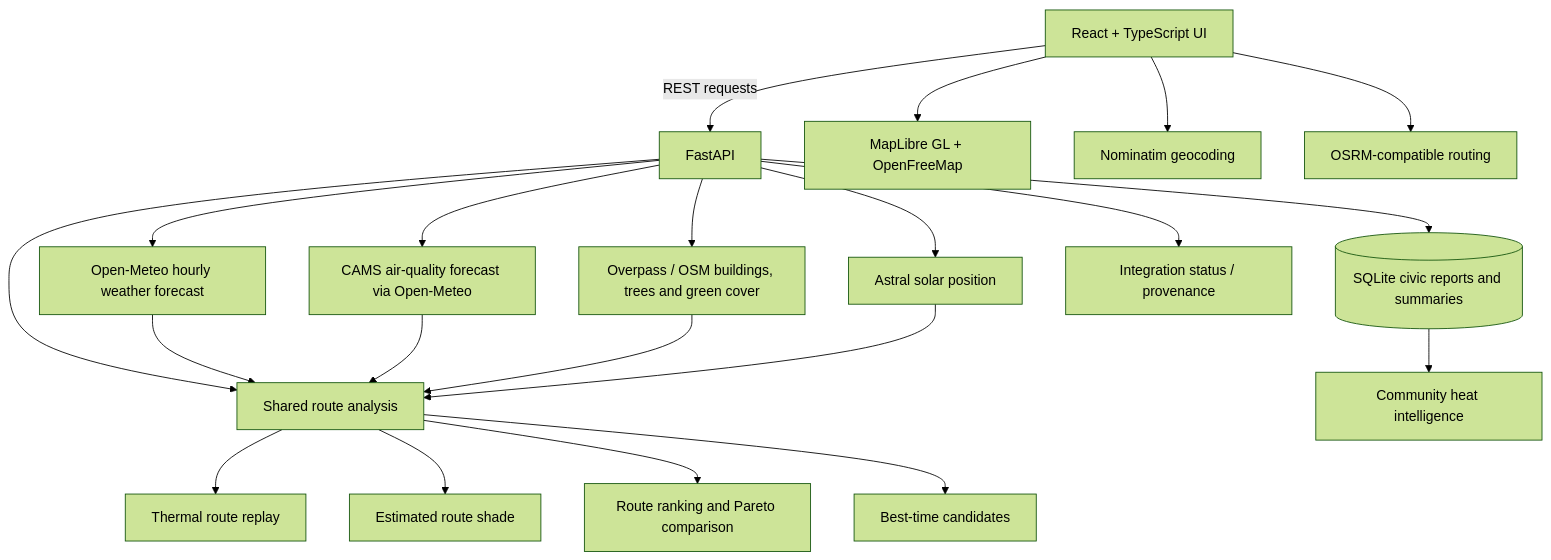
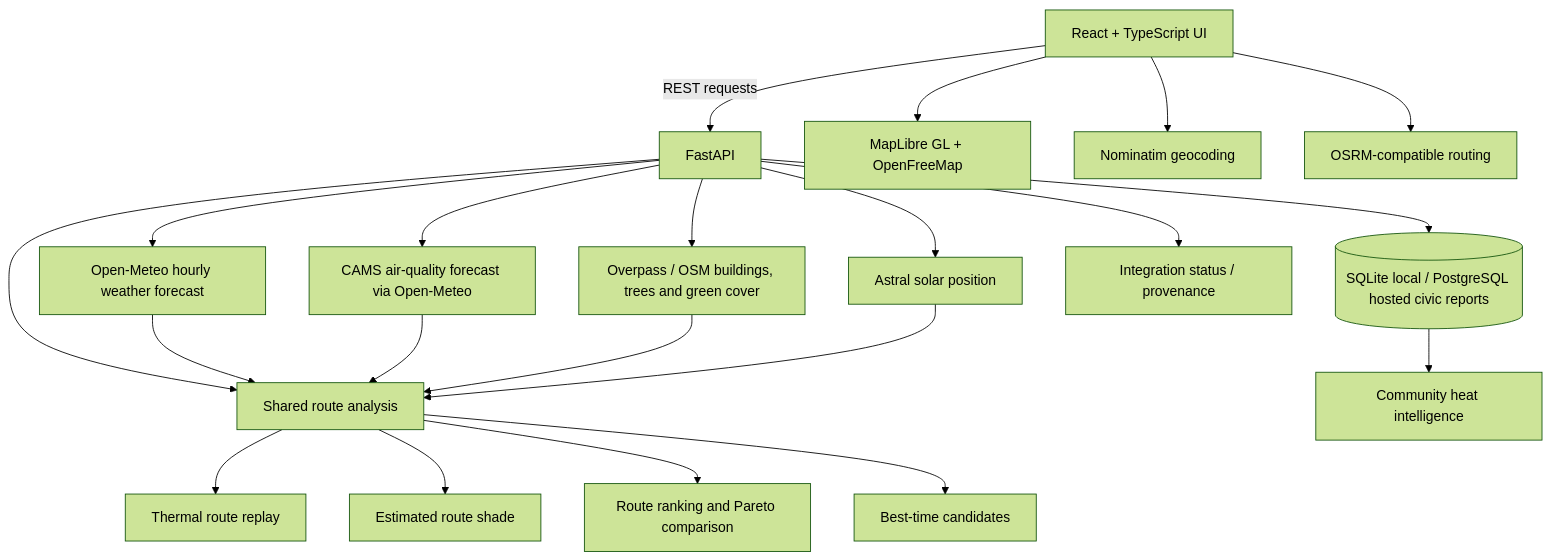
Before and after one commit to adhyagv/ThermoRoute_2.0: the diagram in README.md, drawn with Mermaid (forest theme). The commit also changed other lines of this file and 36 other files, not shown here.

````diff
--- a/README.md
+++ b/README.md
@@ -22,23 +22,23 @@
 ```mermaid
 flowchart TD
   U[React + TypeScript UI] -->|REST requests| API[FastAPI]
   U --> MAP[MapLibre GL + OpenFreeMap]
   U --> GEO[Nominatim geocoding]
   U --> ROUTE[OSRM-compatible routing]
   API --> WX[Open-Meteo hourly weather forecast]
   API --> AQ[CAMS air-quality forecast via Open-Meteo]
   API --> OSM[Overpass / OSM buildings, trees and green cover]
   API --> SOLAR[Astral solar position]
   API --> ANALYSIS[Shared route analysis]
   WX --> ANALYSIS
   AQ --> ANALYSIS
   OSM --> ANALYSIS
   SOLAR --> ANALYSIS
   ANALYSIS --> REPLAY[Thermal route replay]
   ANALYSIS --> SHADOW[Estimated route shade]
   ANALYSIS --> DECISION[Route ranking and Pareto comparison]
   ANALYSIS --> DEPARTURE[Best-time candidates]
-  API --> DB[(SQLite civic reports and summaries)]
+  API --> DB[(SQLite local / PostgreSQL hosted civic reports)]
   DB --> CIVIC[Community heat intelligence]
   API --> HEALTH[Integration status / provenance]
 ```
````
